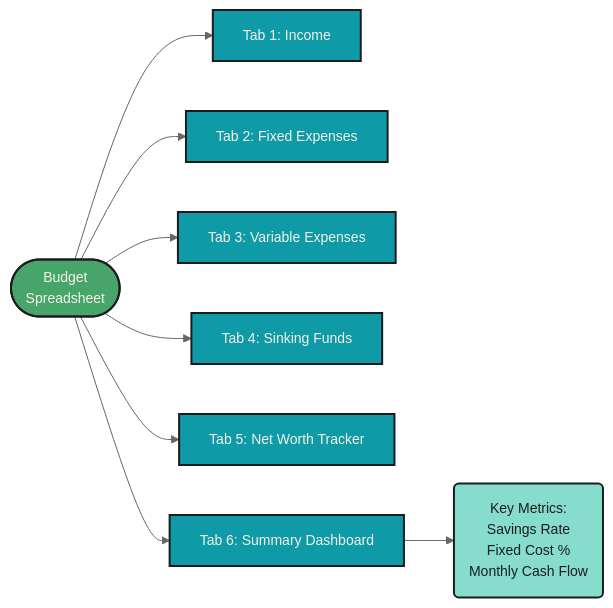
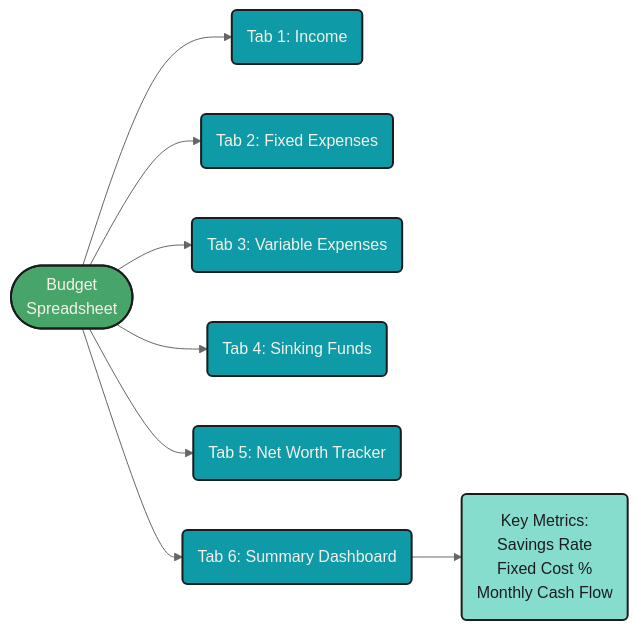
Before and after one commit to mjfrigaard/fm-finance: the third of 4 diagrams in budgeting.qmd, drawn with Mermaid. The commit also changed other lines of this file and 20 other files, not shown here.

Commit message:
updates to mermaid diagrams

````diff
--- a/budgeting.qmd
+++ b/budgeting.qmd
@@ -231,23 +217,23 @@
 ```{mermaid}
 %%| fig-cap: 'Spreadsheet'
 %%| fig-align: center
-%%{init: {'theme': 'neutral', 'themeVariables': { 'fontFamily': 'monospace', "fontSize":"14px", 'ganttNumberSectionStyles': 4}}}%%
+%%{init: {'theme': 'neutral', 'themeVariables': { 'fontFamily': 'monospace', "darkMode":false, "fontSize":"16px"}}}%%
 
 flowchart LR
-    Spreadsheet(["Budget<br>Spreadsheet"]) --> Tab1[Tab 1: Income]
-    Spreadsheet --> Tab2[Tab 2: Fixed Expenses]
-    Spreadsheet --> Tab3[Tab 3: Variable Expenses]
-    Spreadsheet --> Tab4[Tab 4: Sinking Funds]
-    Spreadsheet --> Tab5[Tab 5: Net Worth Tracker]
-    Spreadsheet --> Tab6[Tab 6: Summary Dashboard]
+    Spreadsheet(["Budget<br>Spreadsheet"]) --> Tab1("Tab 1: Income")
+    Spreadsheet --> Tab2("Tab 2: Fixed Expenses")
+    Spreadsheet --> Tab3("Tab 3: Variable Expenses")
+    Spreadsheet --> Tab4("Tab 4: Sinking Funds")
+    Spreadsheet --> Tab5("Tab 5: Net Worth Tracker")
+    Spreadsheet --> Tab6("Tab 6: Summary Dashboard")
 
     Tab6 --> Metrics("Key Metrics:<br/>Savings Rate<br/>Fixed Cost %<br/>Monthly Cash Flow")
     style Spreadsheet fill:#48a56a,color:#F5F2E8,stroke:#1C1C1E,stroke-width:2px
     style Tab1 fill:#0e9aa7,color:#F5F2E8,stroke:#1C1C1E,stroke-width:2px
     style Tab2 fill:#0e9aa7,color:#F5F2E8,stroke:#1C1C1E,stroke-width:2px
     style Tab3 fill:#0e9aa7,color:#F5F2E8,stroke:#1C1C1E,stroke-width:2px
     style Tab4 fill:#0e9aa7,color:#F5F2E8,stroke:#1C1C1E,stroke-width:2px
     style Tab5 fill:#0e9aa7,color:#F5F2E8,stroke:#1C1C1E,stroke-width:2px
     style Tab6 fill:#0e9aa7,color:#F5F2E8,stroke:#1C1C1E,stroke-width:2px
     style Metrics fill:#86ddcd,color:#1C1C1E,stroke:#1C1C1E,stroke-width:2px
 ```
````
